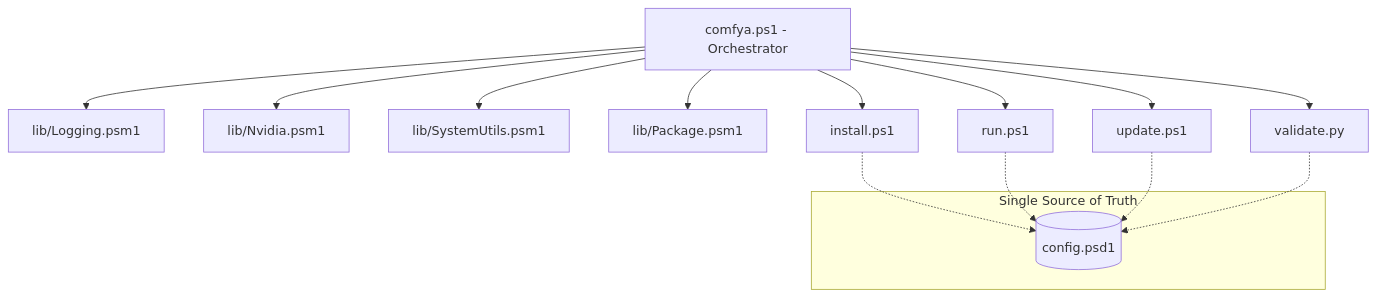
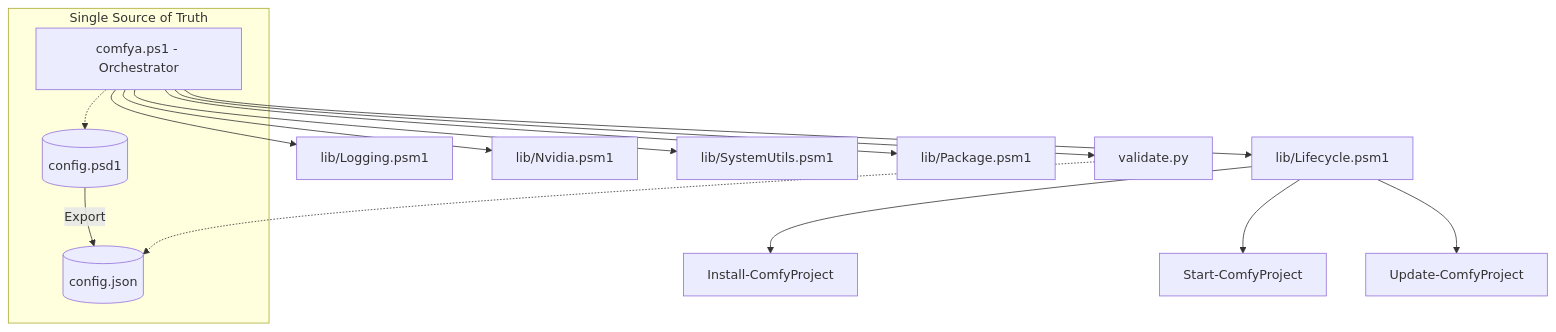
The diagram in ARCHITECTURE.md (FeelTheFonk/comfYa), drawn with Mermaid before and after one commit. The commit also changed 16 other files, not shown here.

````diff
--- a/ARCHITECTURE.md
+++ b/ARCHITECTURE.md
@@ -9,21 +9,22 @@
 ```mermaid
 graph TD
     CLI[comfya.ps1 - Orchestrator] --> L[lib/Logging.psm1]
     CLI --> N[lib/Nvidia.psm1]
     CLI --> S[lib/SystemUtils.psm1]
     CLI --> P[lib/Package.psm1]
-
-    CLI --> Setup[install.ps1]
-    CLI --> Run[run.ps1]
-    CLI --> Update[update.ps1]
-    CLI --> Doctor[validate.py]
+    CLI --> Life[lib/Lifecycle.psm1]
 
     subgraph "Single Source of Truth"
-        Config[(config.psd1)]
+        ConfigPSD[(config.psd1)]
+        ConfigJSON[(config.json)]
+        CLI -.-> ConfigPSD
+        ConfigPSD -- "Export" --> ConfigJSON
     end
 
-    Setup -.-> Config
-    Run -.-> Config
-    Update -.-> Config
-    Doctor -.-> Config
+    Life --> Setup[Install-ComfyProject]
+    Life --> Run[Start-ComfyProject]
+    Life --> Update[Update-ComfyProject]
+    CLI --> Doctor[validate.py]
+    
+    Doctor -.-> ConfigJSON
 ```
````
